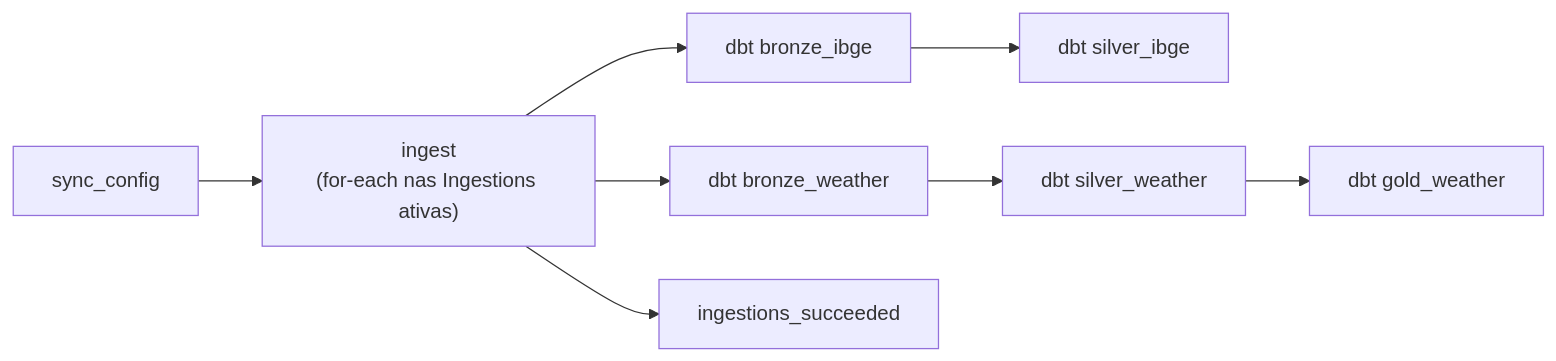
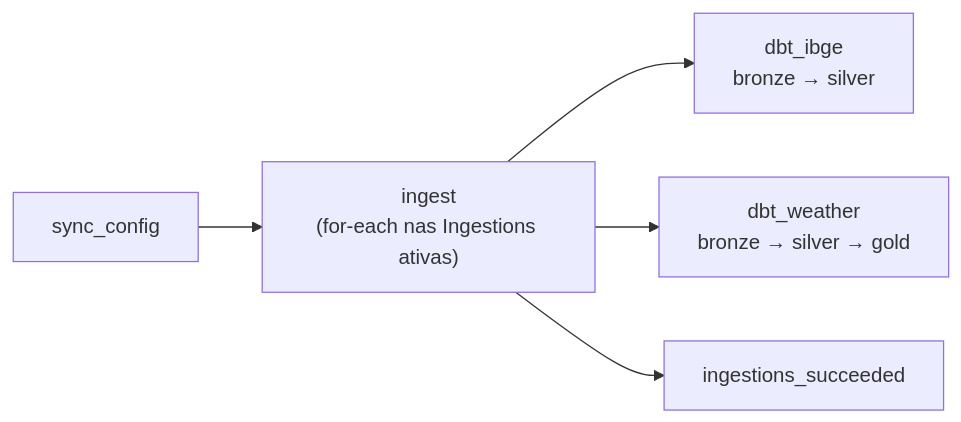
The second of 3 diagrams in README.md (Welbert-Soares/medallion-platform), drawn with Mermaid before and after one commit. The commit also changed other lines of this file and 2 other files, not shown here.

Commit message:
docs: ADR 0006 and README/CLAUDE.md for the single dbt project

````diff
--- a/README.md
+++ b/README.md
@@ -82,7 +85,7 @@
 ```mermaid
 flowchart LR
     sync[sync_config] --> ingest["ingest<br/>(for-each nas Ingestions ativas)"]
-    ingest --> bi[dbt bronze_ibge] --> si[dbt silver_ibge]
-    ingest --> bw[dbt bronze_weather] --> sw[dbt silver_weather] --> gw[dbt gold_weather]
+    ingest --> di["dbt_ibge<br/>bronze → silver"]
+    ingest --> dw["dbt_weather<br/>bronze → silver → gold"]
     ingest --> ok[ingestions_succeeded]
 ```
````
